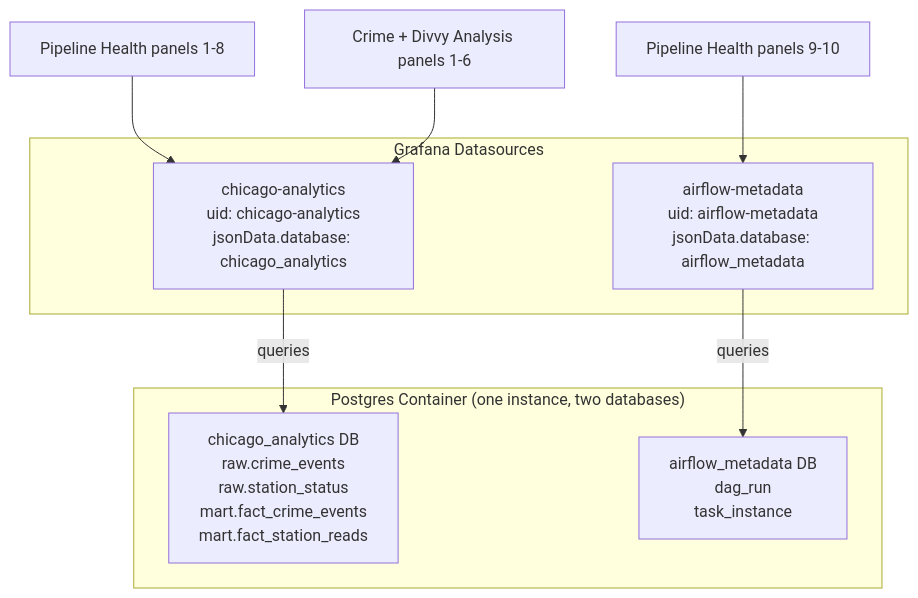
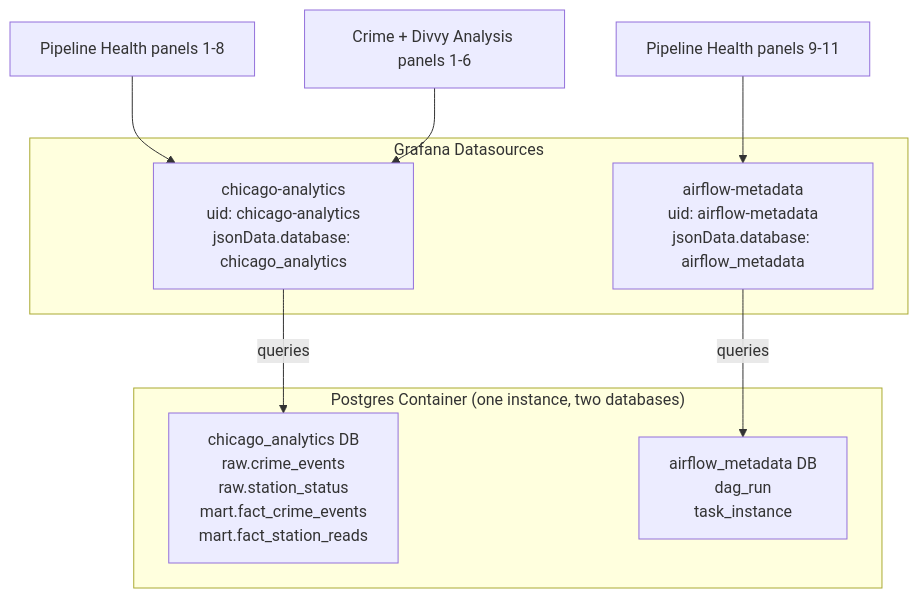
The seventh of 12 diagrams in docs/knowledge/grafana.md (SagarMarthandan/chicago-data-pipeline), drawn with Mermaid before and after one commit. The commit also changed other lines of this file and 8 other files, not shown here.

````diff
--- a/docs/knowledge/grafana.md
+++ b/docs/knowledge/grafana.md
@@ -262,19 +262,19 @@
 ```mermaid
 graph TB
     subgraph "Postgres Container (one instance, two databases)"
         CA["chicago_analytics DB<br/>raw.crime_events<br/>raw.station_status<br/>mart.fact_crime_events<br/>mart.fact_station_reads"]
         AM["airflow_metadata DB<br/>dag_run<br/>task_instance"]
     end
 
     subgraph "Grafana Datasources"
         DS1["chicago-analytics<br/>uid: chicago-analytics<br/>jsonData.database: chicago_analytics"]
         DS2["airflow-metadata<br/>uid: airflow-metadata<br/>jsonData.database: airflow_metadata"]
     end
 
     DS1 -->|"queries"| CA
     DS2 -->|"queries"| AM
 
     PH["Pipeline Health panels 1-8"] --> DS1
-    PH2["Pipeline Health panels 9-10"] --> DS2
+    PH2["Pipeline Health panels 9-11"] --> DS2
     CDA["Crime + Divvy Analysis panels 1-6"] --> DS1
 ```
````
